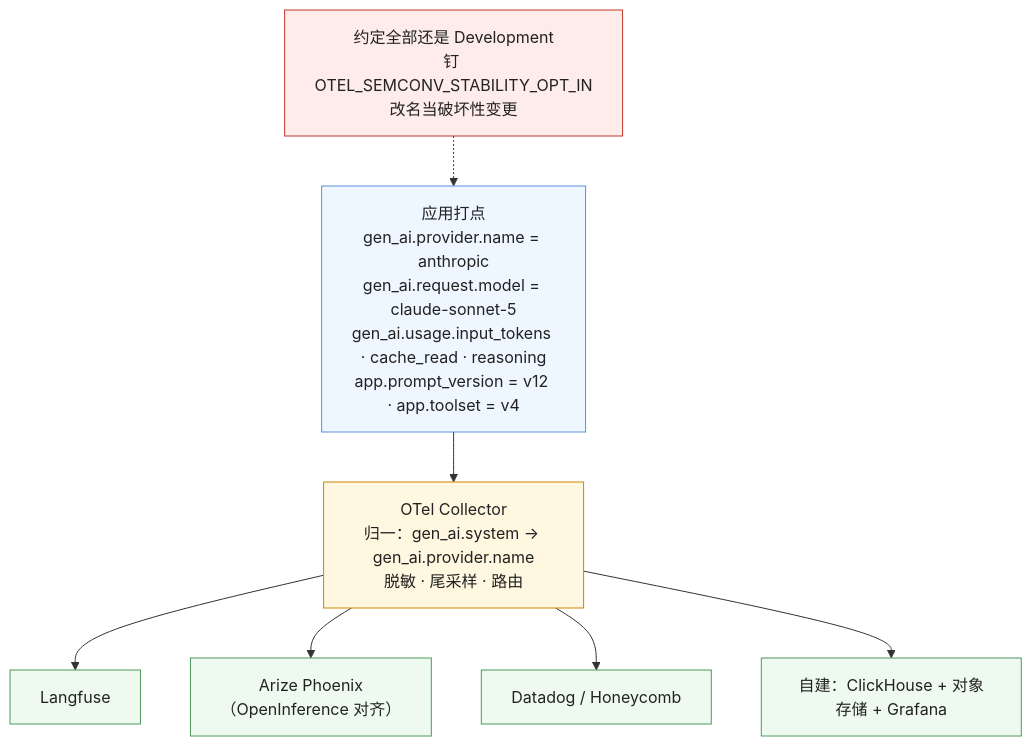
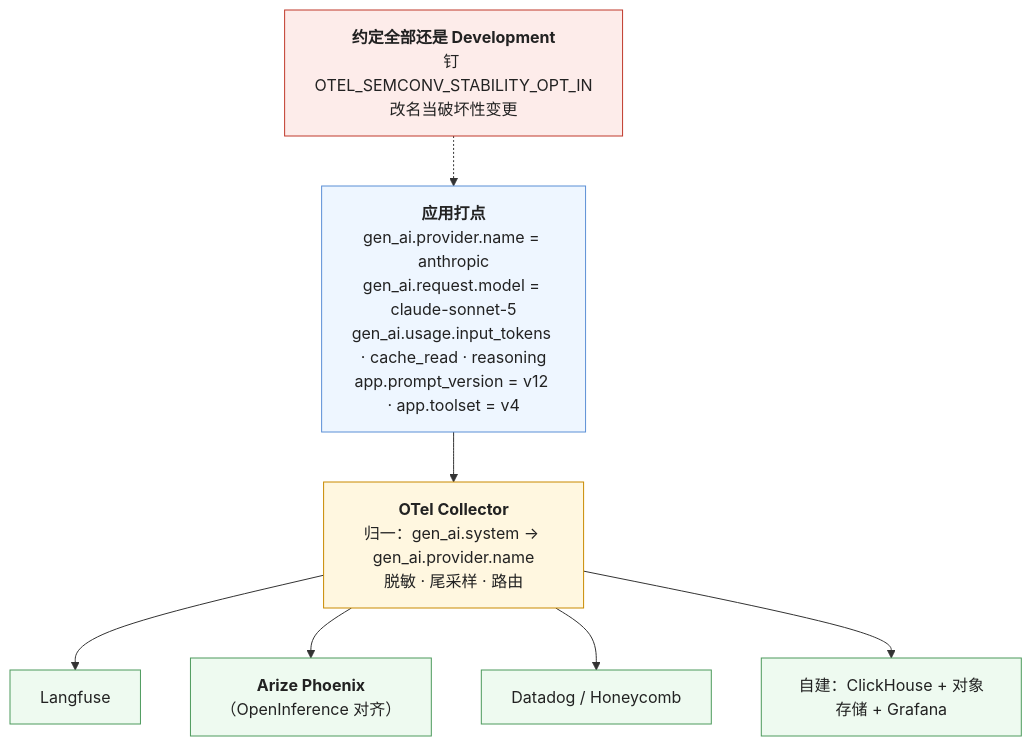
The third of 5 diagrams in _posts/2026-11-04-tracing-spans-opentelemetry-genai-conventions-and-tooling.md (arganzheng/arganzheng.github.com), drawn with Mermaid before and after one commit. The commit also changed other lines of this file and 7 other files, not shown here.

First line of the commit message:
评测、可观测与可追溯：怎么知道改了之后更好了：Mermaid 多行方框的首行标为标题（8 篇）

````diff
--- a/_posts/2026-11-04-tracing-spans-opentelemetry-genai-conventions-and-tooling.md
+++ b/_posts/2026-11-04-tracing-spans-opentelemetry-genai-conventions-and-tooling.md
@@ -143,18 +143,18 @@
 ```mermaid
 %% 图：按 OTel GenAI 约定打点的价值——应用用 gen_ai.* 命名（gen_ai.provider.name · gen_ai.request.model · gen_ai.usage.*），业务属性放 app.*（prompt 版本、工具集版本、权限档）；经 Collector 做几代属性名的归一（gen_ai.system → gen_ai.provider.name），任何理解约定的后端（Langfuse · Phoenix · Datadog · 自建 ClickHouse + Grafana）都能读同一份 trace；换后端零成本
 flowchart TB
-    APP["应用打点<br/>gen_ai.provider.name = anthropic<br/>gen_ai.request.model = claude-sonnet-5<br/>gen_ai.usage.input_tokens · cache_read · reasoning<br/>app.prompt_version = v12 · app.toolset = v4"] --> COL["OTel Collector<br/>归一：gen_ai.system → gen_ai.provider.name<br/>脱敏 · 尾采样 · 路由"]
+    APP["<b>应用打点</b><br/>gen_ai.provider.name = anthropic<br/>gen_ai.request.model = claude-sonnet-5<br/>gen_ai.usage.input_tokens · cache_read · reasoning<br/>app.prompt_version = v12 · app.toolset = v4"] --> COL["<b>OTel Collector</b><br/>归一：gen_ai.system → gen_ai.provider.name<br/>脱敏 · 尾采样 · 路由"]
     COL --> B1["Langfuse"]
-    COL --> B2["Arize Phoenix<br/>（OpenInference 对齐）"]
+    COL --> B2["<b>Arize Phoenix</b><br/>（OpenInference 对齐）"]
     COL --> B3["Datadog / Honeycomb"]
     COL --> B4["自建：ClickHouse + 对象存储 + Grafana"]
-    N["约定全部还是 Development<br/>钉 OTEL_SEMCONV_STABILITY_OPT_IN<br/>改名当破坏性变更"] -.-> APP
+    N["<b>约定全部还是 Development</b><br/>钉 OTEL_SEMCONV_STABILITY_OPT_IN<br/>改名当破坏性变更"] -.-> APP
     classDef app fill:#eef6ff,stroke:#5b8fd6,color:#222
     classDef col fill:#fff7e0,stroke:#c98a00,color:#222
     classDef be fill:#eefaf0,stroke:#4d9a5c,color:#222
     classDef n fill:#fdecea,stroke:#c0392b,color:#222
     class APP app
     class COL col
     class B1,B2,B3,B4 be
     class N n
 ```
````
